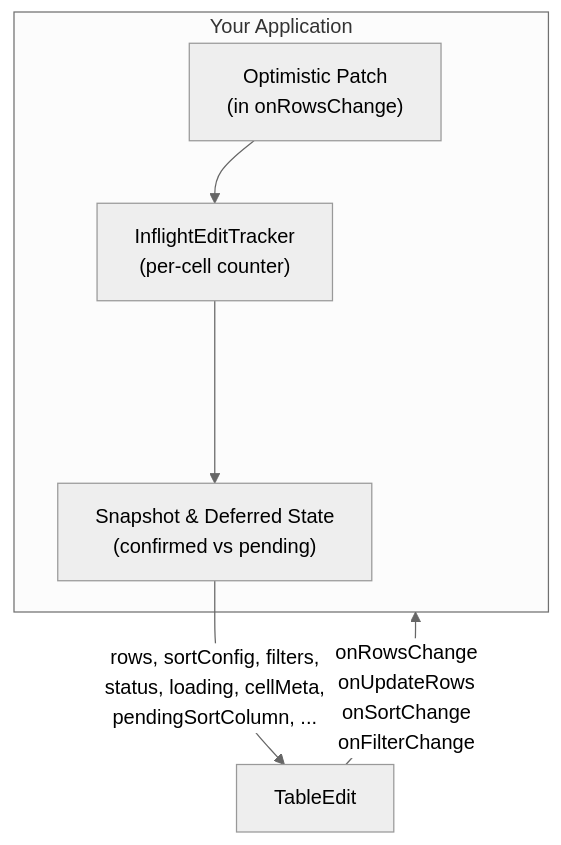
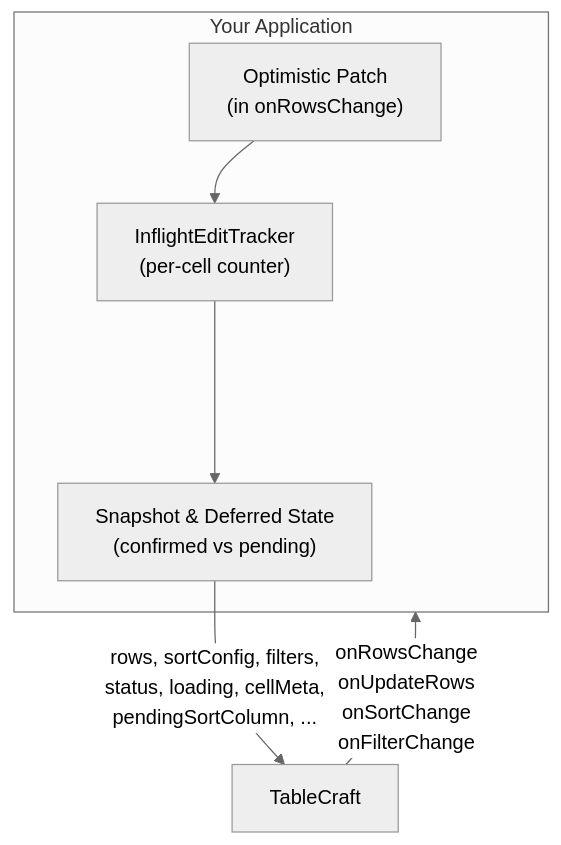
The third of 3 diagrams in README.md (SebastianBaltes/customtable), drawn with Mermaid (neutral theme) before and after one commit. The commit also changed other lines of this file and 29 other files, not shown here.

````diff
--- a/README.md
+++ b/README.md
@@ -1297,13 +1297,13 @@
 ```mermaid
 flowchart TB
   subgraph app["Your Application"]
     OP["Optimistic Patch\n(in onRowsChange)"]
     IT["InflightEditTracker\n(per-cell counter)"]
     SS["Snapshot & Deferred State\n(confirmed vs pending)"]
     OP --> IT --> SS
   end
 
-  SS -->|"rows, sortConfig, filters,\nstatus, loading, cellMeta,\npendingSortColumn, ..."| CT["TableEdit"]
+  SS -->|"rows, sortConfig, filters,\nstatus, loading, cellMeta,\npendingSortColumn, ..."| CT["TableCraft"]
 
   CT -->|"onRowsChange\nonUpdateRows\nonSortChange\nonFilterChange"| app
 ```
````
